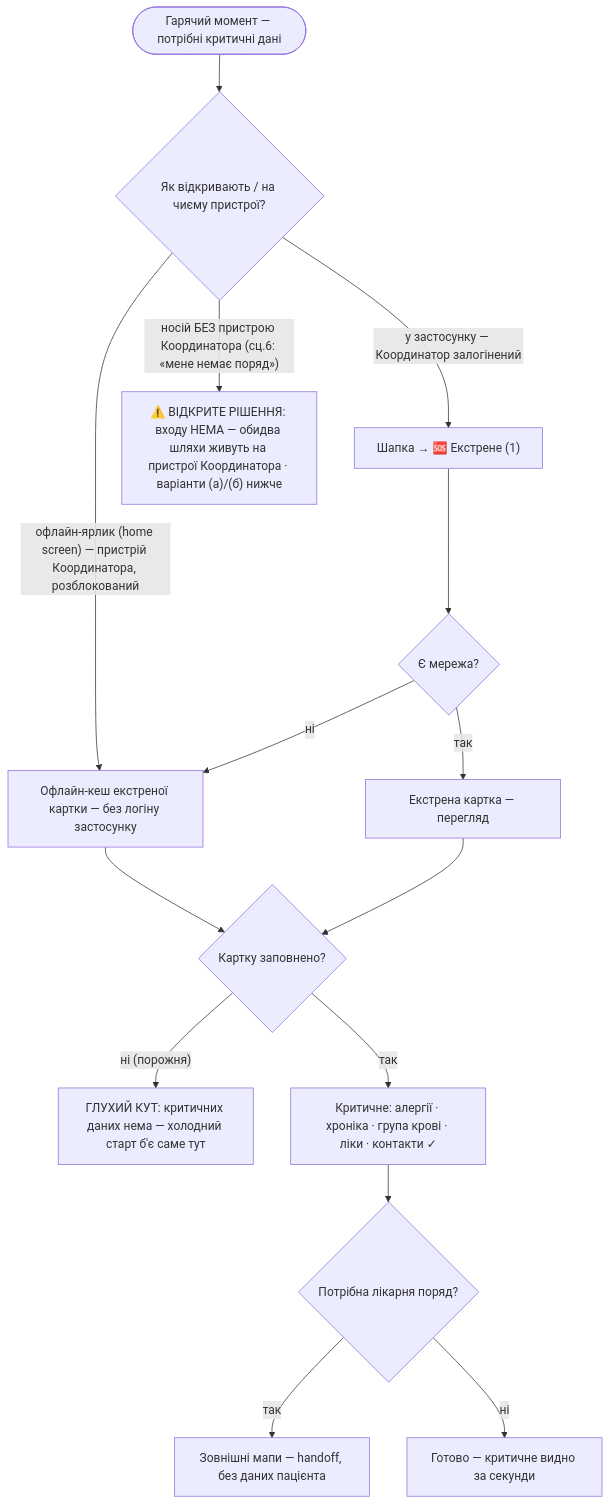
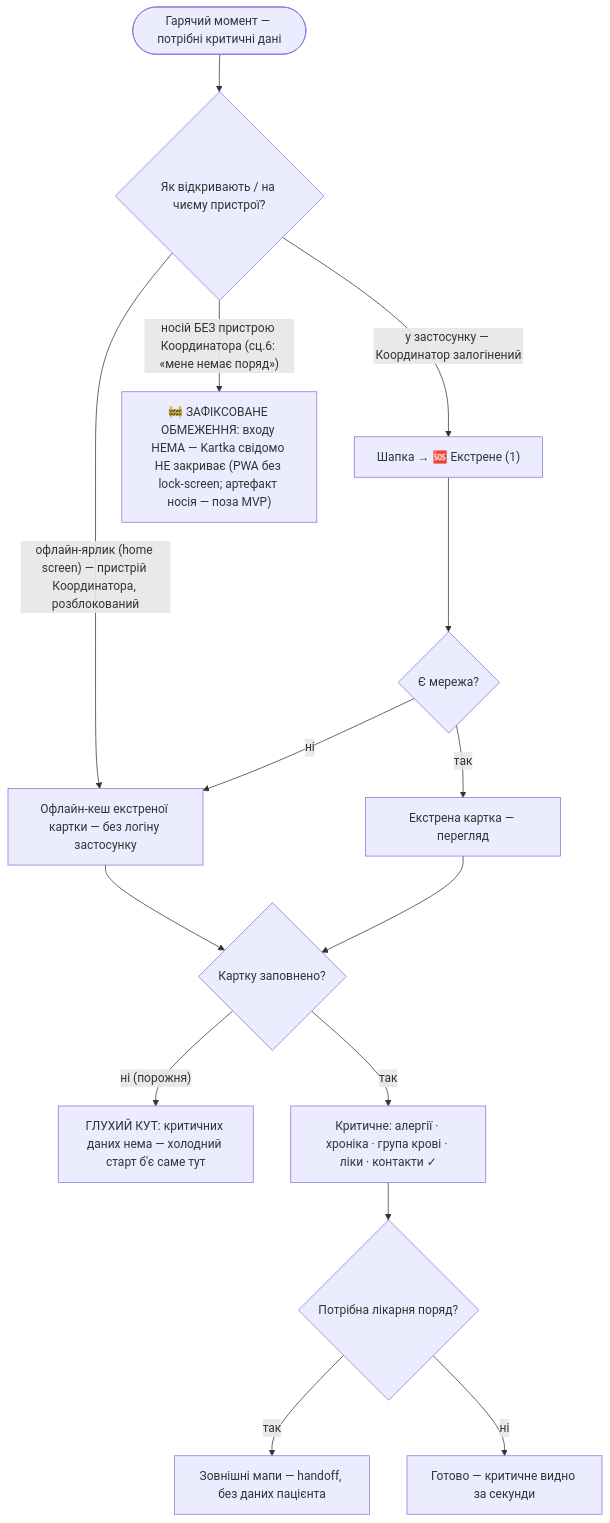
Before and after one commit to DShkiaruk/Kartka: the third of 3 diagrams in flows.md, drawn with Mermaid. The commit also changed other lines of this file and 3 other files, not shown here.

First line of the commit message:
R5: рішення «а» — обіцянку екстреної картки звужено (присутній розблокований пристрій Координатора)

````diff
--- a/flows.md
+++ b/flows.md
@@ -121,20 +121,20 @@
 ```mermaid
 flowchart TD
   trigger(["Гарячий момент — потрібні критичні дані"]) --> entry{"Як відкривають / на чиєму пристрої?"}
   entry -->|"офлайн-ярлик (home screen) — пристрій Координатора, розблокований"| offcache["Офлайн-кеш екстреної картки — без логіну застосунку"]
   entry -->|"у застосунку — Координатор залогінений"| header["Шапка → 🆘 Екстрене (1)"]
-  entry -->|"носій БЕЗ пристрою Координатора (сц.6: «мене немає поряд»)"| nodev["⚠️ ВІДКРИТЕ РІШЕННЯ: входу НЕМА — обидва шляхи живуть на пристрої Координатора · варіанти (а)/(б) нижче"]
+  entry -->|"носій БЕЗ пристрою Координатора (сц.6: «мене немає поряд»)"| nodev["🚧 ЗАФІКСОВАНЕ ОБМЕЖЕННЯ: входу НЕМА — Kartka свідомо НЕ закриває (PWA без lock-screen; артефакт носія — поза MVP)"]
 
   header --> net{"Є мережа?"}
   net -->|ні| offcache
   net -->|так| online["Екстрена картка — перегляд"]
 
   offcache --> card
   online --> card{"Картку заповнено?"}
   card -->|"ні (порожня)"| deadempty["ГЛУХИЙ КУТ: критичних даних нема — холодний старт б'є саме тут"]
   card -->|так| show["Критичне: алергії · хроніка · група крові · ліки · контакти ✓"]
 
   show --> hosp{"Потрібна лікарня поряд?"}
   hosp -->|так| maps["Зовнішні мапи — handoff, без даних пацієнта"]
   hosp -->|ні| done["Готово — критичне видно за секунди"]
 ```
````
